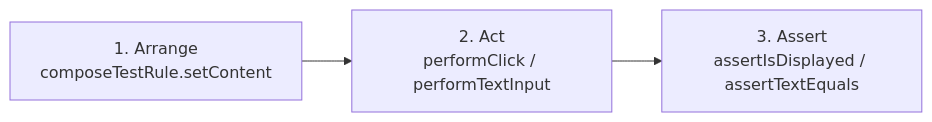
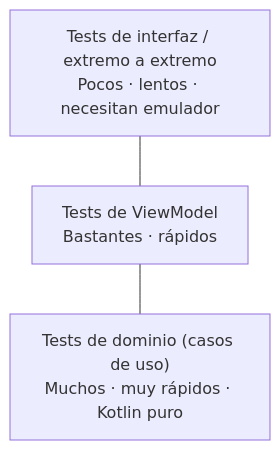
The diagram in docs/temas/03/c-arquitectura/3c.4-testing.md (jssdocente/pmdm2627d), drawn with Mermaid before and after one commit. The commit also changed other lines of this file and 9 other files, not shown here.

````diff
--- a/docs/temas/03/c-arquitectura/3c.4-testing.md
+++ b/docs/temas/03/c-arquitectura/3c.4-testing.md
@@ -86,5 +19,7 @@
 ```mermaid
-graph LR
-    A["1. Arrange<br>composeTestRule.setContent"] --> B["2. Act<br>performClick / performTextInput"]
-    B --> C["3. Assert<br>assertIsDisplayed / assertTextEquals"]
+graph TD
+    E2E["Tests de interfaz / extremo a extremo<br>Pocos · lentos · necesitan emulador"]
+    INT["Tests de ViewModel<br>Bastantes · rápidos"]
+    UNIT["Tests de dominio (casos de uso)<br>Muchos · muy rápidos · Kotlin puro"]
+    E2E --- INT --- UNIT
 ```
````
